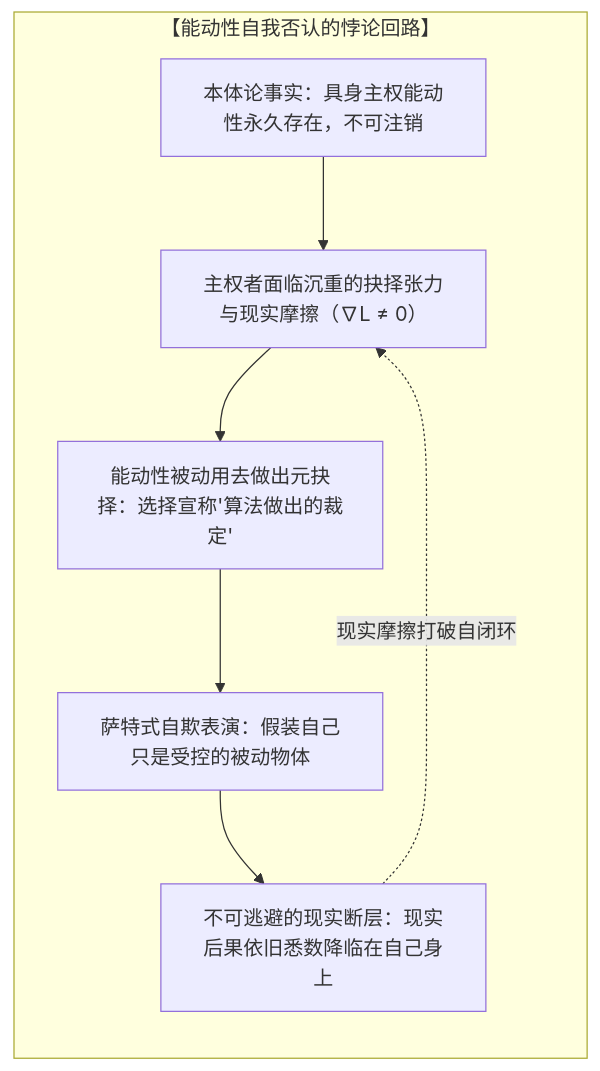
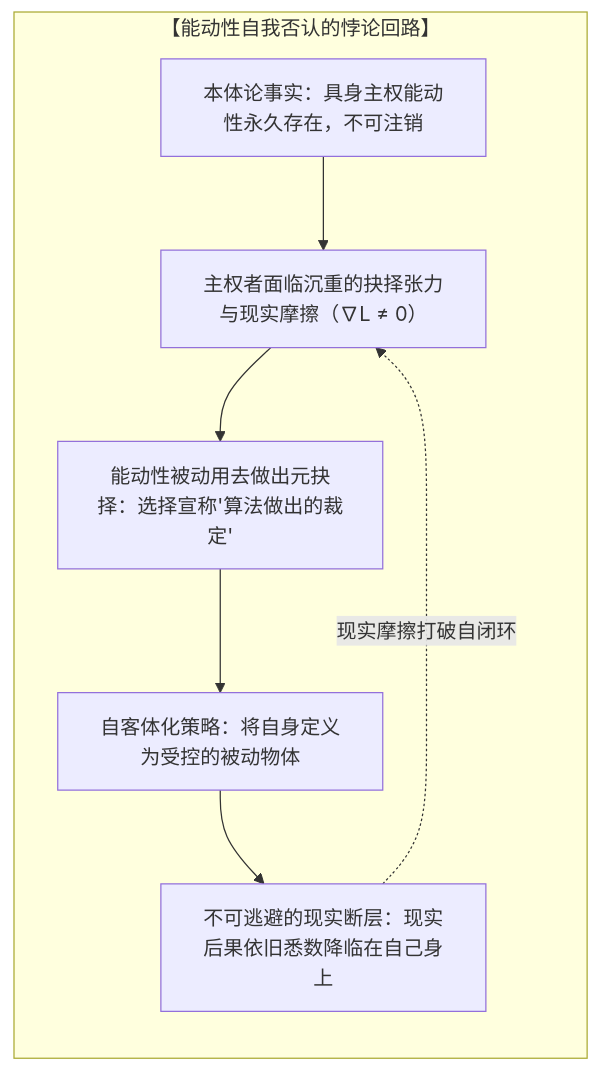
The eighth of 11 diagrams in content/posts/the-delegation-of-the-task-and-the-inalienability-of-consequences.md (powerpig99/not-a-toe), drawn with Mermaid before and after one commit. The commit also changed other lines of this file and 4 other files, not shown here.

````diff
--- a/content/posts/the-delegation-of-the-task-and-the-inalienability-of-consequences.md
+++ b/content/posts/the-delegation-of-the-task-and-the-inalienability-of-consequences.md
@@ -245,13 +245,13 @@
 ```mermaid
 graph TD
     subgraph Paradox_Of_Agency["【能动性自我否认的悖论回路】"]
         direction TB
         A1["本体论事实：具身主权能动性永久存在，不可注销"]
         A2["主权者面临沉重的抉择张力与现实摩擦（∇L ≠ 0）"]
         A3["能动性被动用去做出元抉择：选择宣称'算法做出的裁定'"]
-        A4["萨特式自欺表演：假装自己只是受控的被动物体"]
+        A4["自客体化策略：将自身定义为受控的被动物体"]
         A5["不可逃避的现实断层：现实后果依旧悉数降临在自己身上"]
         A1 --> A2 --> A3 --> A4 --> A5
         A5 -.->|"现实摩擦打破自闭环"| A2
     end
 ```
````
